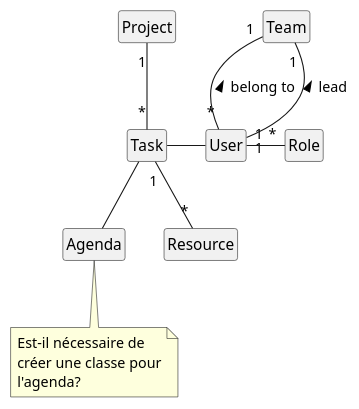
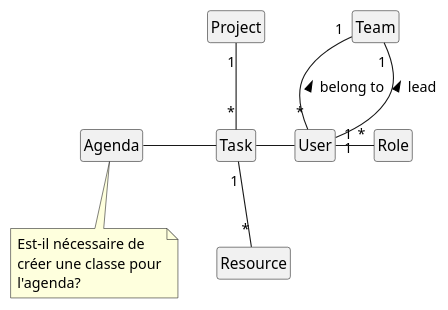
Before and after one commit to umons-polytech-odl2017/odl-exercises: the diagram in domain-model.puml, drawn with PlantUML.

Commit message:
Fine tune diagram.

```diff
--- a/domain-model.puml
+++ b/domain-model.puml
@@ -1,23 +1,23 @@
 @startuml
 
 hide empty members
 hide circle
 
 class Agenda
 note bottom: Est-il nécessaire de\ncréer une classe pour\nl'agenda?
 class Task
 class Project
 class Team
 class Resource
 class User
 
-Task -- Agenda
+Agenda - Task
 Project "1" -- "*" Task
 Task "1" -- "*" Resource
 Team "1" -- "*" User : < belong to
 Team "1" -- "1" User : < lead
 
 Task - User
 User "1" - "*" Role
 
 @enduml
```
